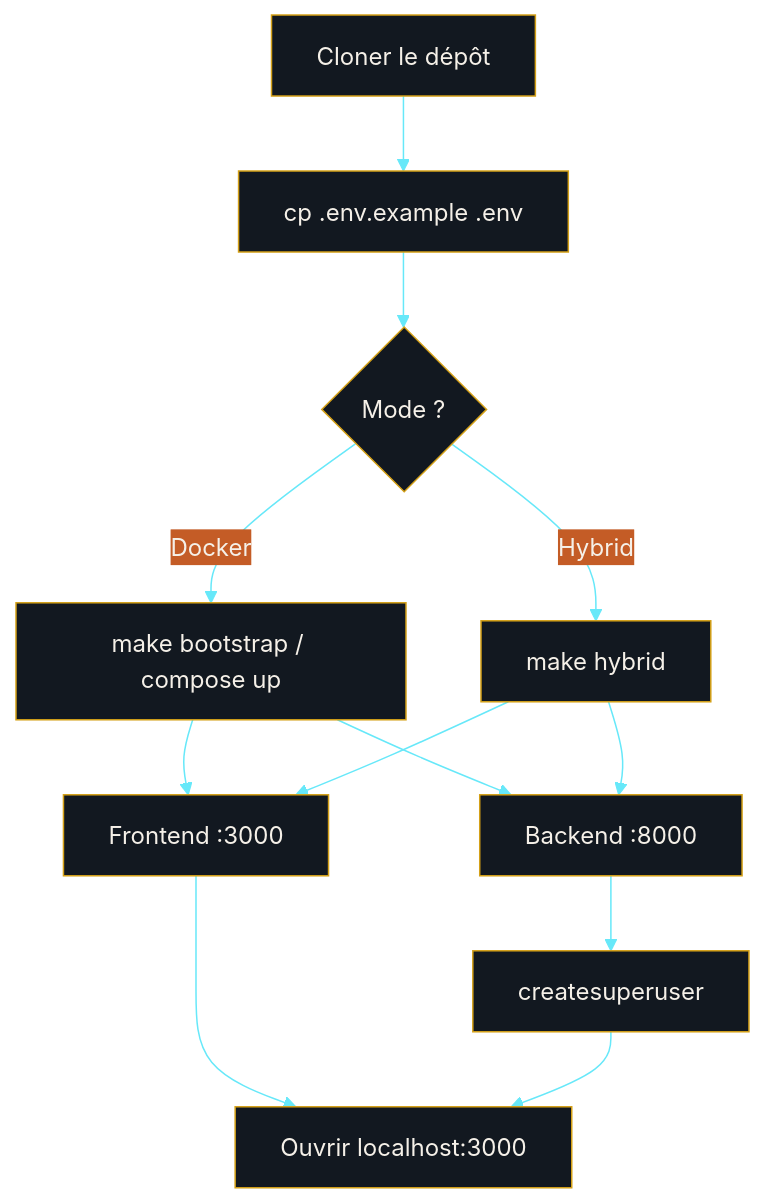
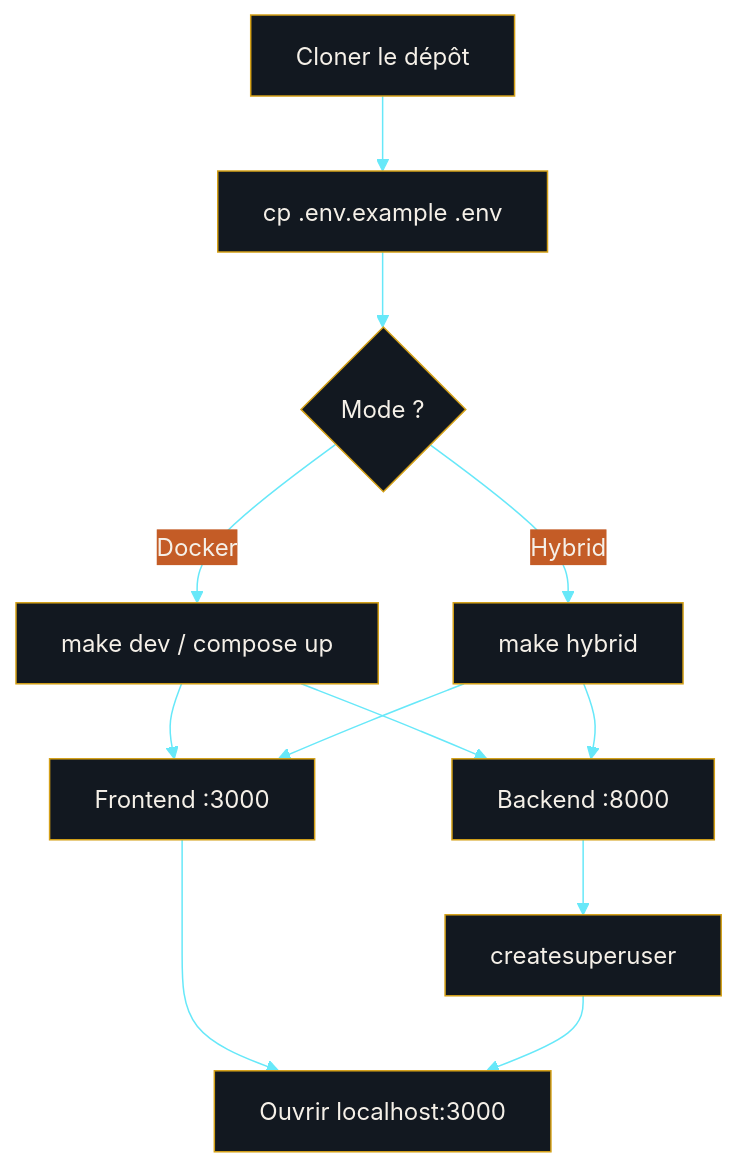
The seventh of 15 diagrams in README.md (MaximeKELI/AFRICHESS), drawn with Mermaid before and after one commit. The commit also changed other lines of this file and 2 other files, not shown here.

````diff
--- a/README.md
+++ b/README.md
@@ -540,29 +555,29 @@
 ```mermaid
 %%{init: {
   "theme": "base",
   "themeVariables": {
     "primaryColor": "#1B7A3D",
     "primaryTextColor": "#F5F0E8",
     "primaryBorderColor": "#D4A017",
     "lineColor": "#67E8F9",
     "secondaryColor": "#C45C26",
     "background": "#0A0E14",
     "mainBkg": "#121820",
     "nodeBorder": "#D4A017",
     "clusterBkg": "#0D1117",
     "titleColor": "#D4A017"
   }
 }}%%
 flowchart TD
   A[Cloner le dépôt] --> B[cp .env.example .env]
   B --> C{Mode ?}
-  C -->|Docker| D[make bootstrap / compose up]
+  C -->|Docker| D[make dev / compose up]
   C -->|Hybrid| E[make hybrid]
   D --> F[Backend :8000]
   D --> G[Frontend :3000]
   E --> F
   E --> G
   F --> H[createsuperuser]
   G --> I[Ouvrir localhost:3000]
   H --> I
 ```
````
